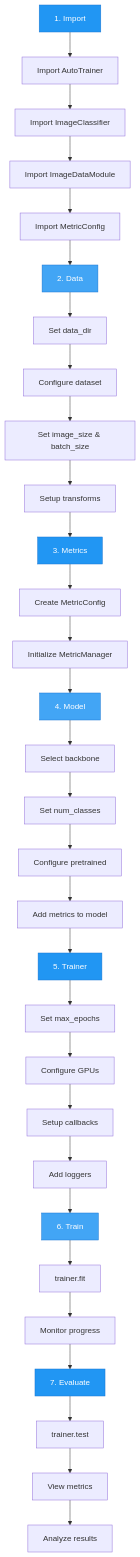
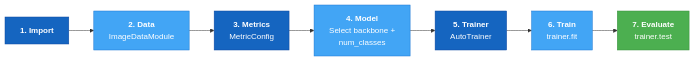
The diagram in docs/getting-started/quickstart.md (theja-vanka/AutoTimm), drawn with Mermaid before and after one commit. The commit also changed 16 other files, not shown here.

Commit message:
refactor: docs with mermaid diagrams

````diff
--- a/docs/getting-started/quickstart.md
+++ b/docs/getting-started/quickstart.md
@@ -7,46 +7,17 @@
 ```mermaid
-graph TD
-    A[1. Import] --> A1[Import AutoTrainer]
-    A1 --> A2[Import ImageClassifier]
-    A2 --> A3[Import ImageDataModule]
-    A3 --> A4[Import MetricConfig]
-    
-    A4 --> B[2. Data]
-    B --> B1[Set data_dir]
-    B1 --> B2[Configure dataset]
-    B2 --> B3[Set image_size & batch_size]
-    B3 --> B4[Setup transforms]
-    
-    B4 --> C[3. Metrics]
-    C --> C1[Create MetricConfig]
-    C1 --> C2[Initialize MetricManager]
-    
-    C2 --> D[4. Model]
-    D --> D1[Select backbone]
-    D1 --> D2[Set num_classes]
-    D2 --> D3[Configure pretrained]
-    D3 --> D4[Add metrics to model]
-    
-    D4 --> E[5. Trainer]
-    E --> E1[Set max_epochs]
-    E1 --> E2[Configure GPUs]
-    E2 --> E3[Setup callbacks]
-    E3 --> E4[Add loggers]
-    
-    E4 --> F[6. Train]
-    F --> F1[trainer.fit]
-    F1 --> F2[Monitor progress]
-    
-    F2 --> G[7. Evaluate]
-    G --> G1[trainer.test]
-    G1 --> G2[View metrics]
-    G2 --> G3[Analyze results]
-    
-    style A fill:#2196F3,stroke:#1976D2,color:#fff
+graph LR
+    A[<b>1. Import</b>] --> B[<b>2. Data</b><br/>ImageDataModule]
+    B --> C[<b>3. Metrics</b><br/>MetricConfig]
+    C --> D[<b>4. Model</b><br/>Select backbone +<br/>num_classes]
+    D --> E[<b>5. Trainer</b><br/>AutoTrainer]
+    E --> F[<b>6. Train</b><br/>trainer.fit]
+    F --> G[<b>7. Evaluate</b><br/>trainer.test]
+
+    style A fill:#1565C0,stroke:#0D47A1,color:#fff
     style B fill:#42A5F5,stroke:#1976D2,color:#fff
-    style C fill:#2196F3,stroke:#1976D2,color:#fff
+    style C fill:#1565C0,stroke:#0D47A1,color:#fff
     style D fill:#42A5F5,stroke:#1976D2,color:#fff
-    style E fill:#2196F3,stroke:#1976D2,color:#fff
+    style E fill:#1565C0,stroke:#0D47A1,color:#fff
     style F fill:#42A5F5,stroke:#1976D2,color:#fff
-    style G fill:#2196F3,stroke:#1976D2,color:#fff
+    style G fill:#4CAF50,stroke:#388E3C,color:#fff
 ```
````
